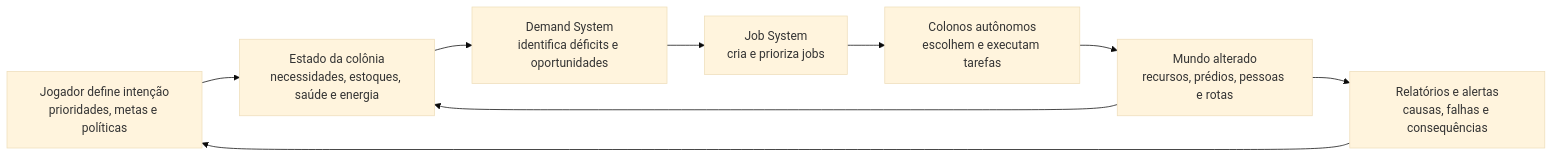
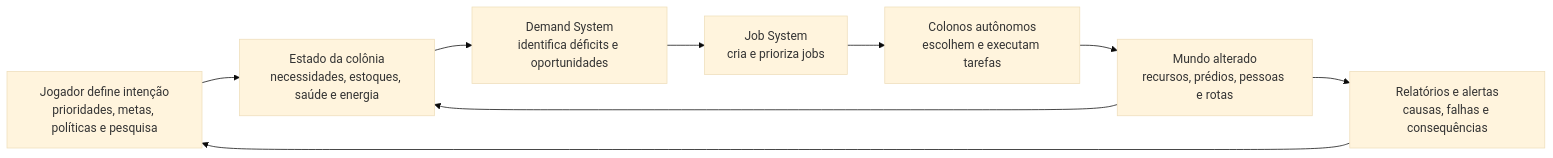
Before and after one commit to Jobisss/online-colony: the first of 3 diagrams in docs/product/interaction-inventory.md, drawn with Mermaid (base theme). The commit also changed other lines of this file and 1 other file, not shown here.

````diff
--- a/docs/product/interaction-inventory.md
+++ b/docs/product/interaction-inventory.md
@@ -56,19 +58,19 @@
 ```mermaid
 flowchart LR
-    P[Jogador define intenção\nprioridades, metas e políticas]
-    S[Estado da colônia\nnecessidades, estoques, saúde e energia]
-    D[Demand System\nidentifica déficits e oportunidades]
-    J[Job System\ncria e prioriza jobs]
-    A[Colonos autônomos\nescolhem e executam tarefas]
-    W[Mundo alterado\nrecursos, prédios, pessoas e rotas]
-    R[Relatórios e alertas\ncausas, falhas e consequências]
+    P["Jogador define intenção<br/>prioridades, metas, políticas e pesquisa"]
+    S["Estado da colônia<br/>necessidades, estoques, saúde e energia"]
+    D["Demand System<br/>identifica déficits e oportunidades"]
+    J["Job System<br/>cria e prioriza jobs"]
+    A["Colonos autônomos<br/>escolhem e executam tarefas"]
+    W["Mundo alterado<br/>recursos, prédios, pessoas e rotas"]
+    R["Relatórios e alertas<br/>causas, falhas e consequências"]
 
     P --> S
     S --> D
     D --> J
     J --> A
     A --> W
     W --> S
     W --> R
     R --> P
 ```
````
